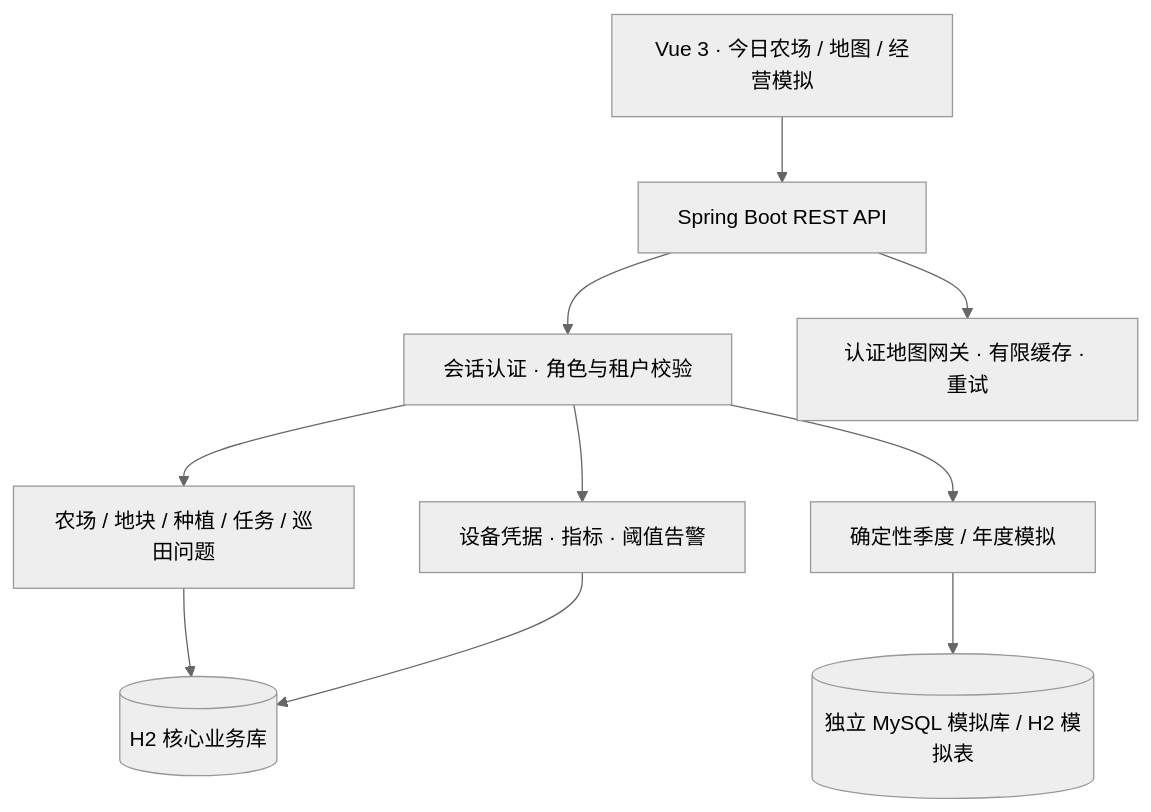
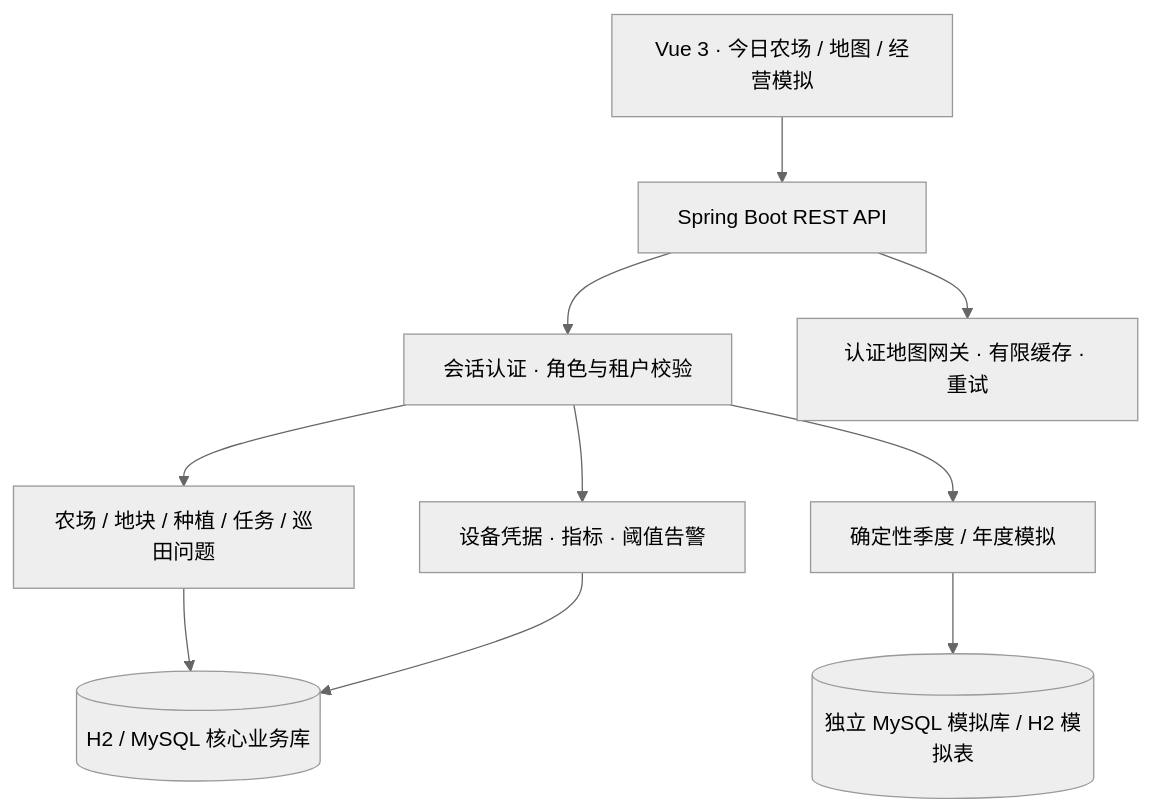
One commit to Waker-visual/zhinong-platform changed the second of 2 diagrams in README.md. Above: the diagram before and after it, drawn with Mermaid (neutral theme). The commit also changed other lines of this file and 56 other files, not shown here.

````diff
--- a/README.md
+++ b/README.md
@@ -170,12 +173,12 @@
 ```mermaid
 flowchart TB
   UI[Vue 3 · 今日农场 / 地图 / 经营模拟] --> API[Spring Boot REST API]
   API --> AUTH[会话认证 · 角色与租户校验]
   AUTH --> FIELD[农场 / 地块 / 种植 / 任务 / 巡田问题]
-  FIELD --> CORE[(H2 核心业务库)]
+  FIELD --> CORE[(H2 / MySQL 核心业务库)]
   AUTH --> DEVICE[设备凭据 · 指标 · 阈值告警]
   DEVICE --> CORE
   AUTH --> SIM[确定性季度 / 年度模拟]
   SIM --> SIMDB[(独立 MySQL 模拟库 / H2 模拟表)]
   API --> MAP[认证地图网关 · 有限缓存 · 重试]
 ```
````
